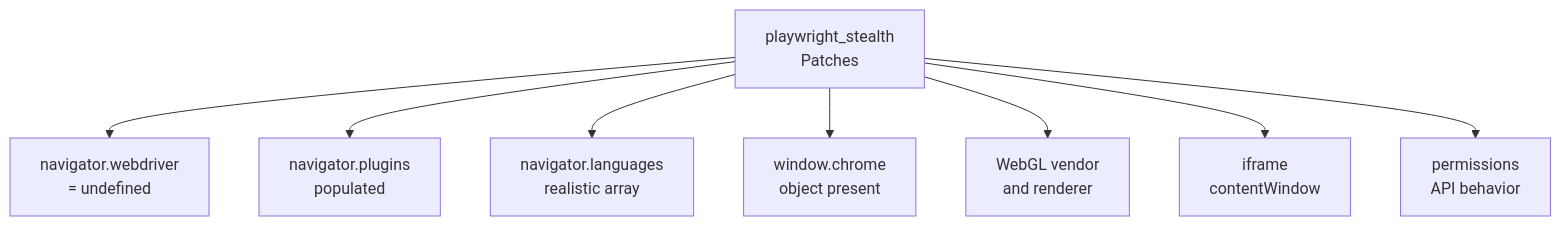
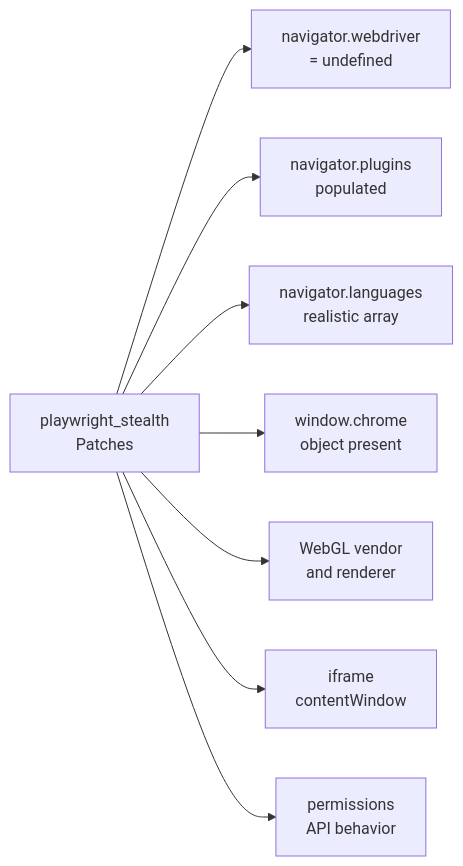
The second of 4 diagrams in _posts/2026-02-24-anti-bot-evasion-playwright-techniques-that-work.md (bytetunnels/bytetunnels.github.com), drawn with Mermaid before and after one commit. The commit also changed other lines of this file and 118 other files, not shown here.

Commit message:
feat: improve diagram styling and compact wide flowcharts

````diff
--- a/_posts/2026-02-24-anti-bot-evasion-playwright-techniques-that-work.md
+++ b/_posts/2026-02-24-anti-bot-evasion-playwright-techniques-that-work.md
@@ -146,10 +146,10 @@
 ```mermaid
-graph TD
-    A[playwright_stealth<br>Patches] --> B[navigator.webdriver<br>= undefined]
-    A --> C[navigator.plugins<br>populated]
-    A --> D[navigator.languages<br>realistic array]
-    A --> E[window.chrome<br>object present]
-    A --> F[WebGL vendor<br>and renderer]
-    A --> G[iframe<br>contentWindow]
-    A --> H[permissions<br>API behavior]
+graph LR
+    A["playwright_stealth<br/>Patches"] --> B["navigator.webdriver<br/>= undefined"]
+    A --> C["navigator.plugins<br/>populated"]
+    A --> D["navigator.languages<br/>realistic array"]
+    A --> E["window.chrome<br/>object present"]
+    A --> F["WebGL vendor<br/>and renderer"]
+    A --> G["iframe<br/>contentWindow"]
+    A --> H["permissions<br/>API behavior"]
 ```
````
